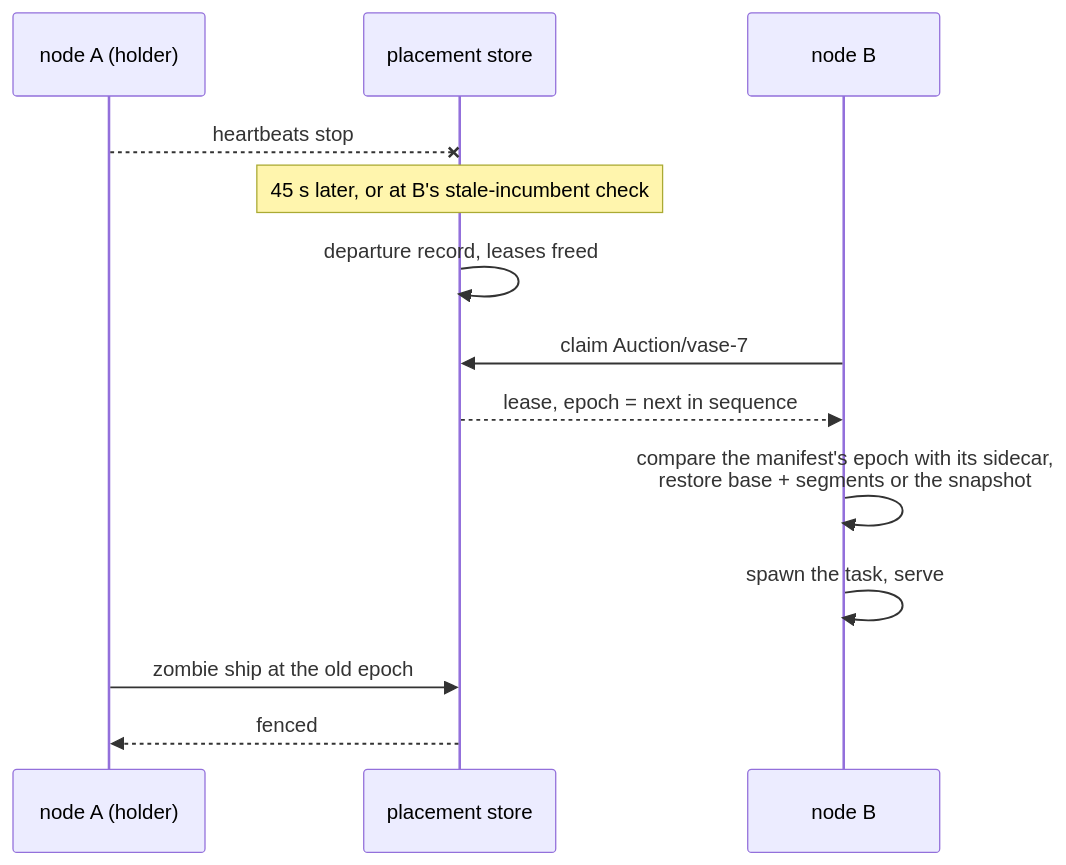
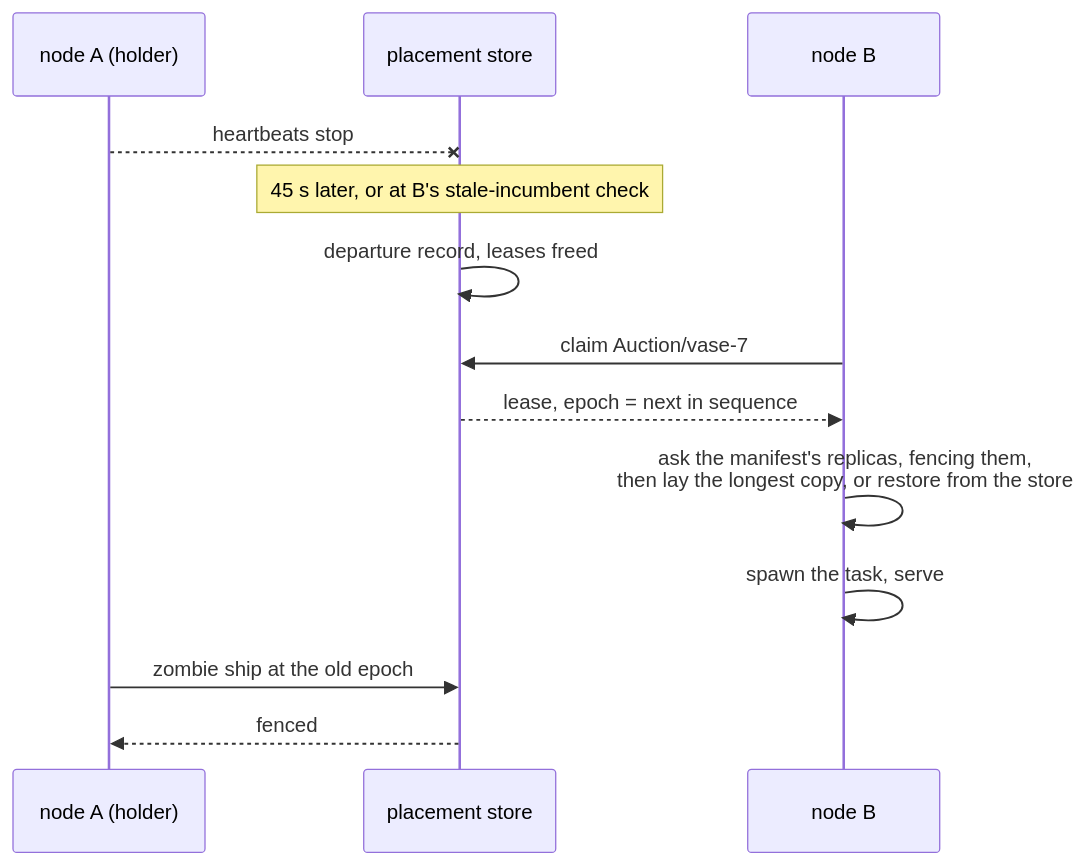
One commit to JSH32/actias changed the second of 4 diagrams in actias-web/src/content/docs/internals/placement.mdx. Above: the diagram before and after it, drawn with Mermaid. The commit also changed other lines of this file and 5 other files, not shown here.

First line of the commit message:
docs(web): the durability path fans out to replicas before the store

````diff
--- a/actias-web/src/content/docs/internals/placement.mdx
+++ b/actias-web/src/content/docs/internals/placement.mdx
@@ -42,15 +44,15 @@
 ```mermaid
 sequenceDiagram
     participant A as node A (holder)
     participant R as placement store
     participant B as node B
     A--xR: heartbeats stop
     Note over R: 45 s later, or at B's stale-incumbent check
     R->>R: departure record, leases freed
     B->>R: claim Auction/vase-7
     R-->>B: lease, epoch = next in sequence
-    B->>B: compare the manifest's epoch with its sidecar,<br/>restore base + segments or the snapshot
+    B->>B: ask the manifest's replicas, fencing them,<br/>then lay the longest copy, or restore from the store
     B->>B: spawn the task, serve
     A->>R: zombie ship at the old epoch
     R-->>A: fenced
 ```
````
